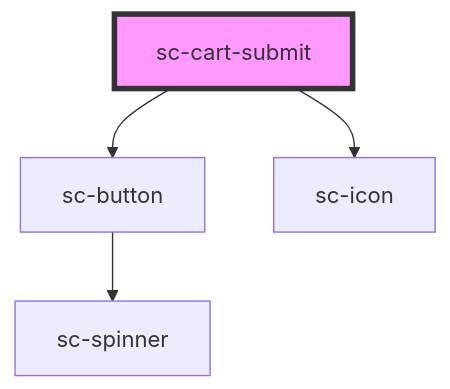
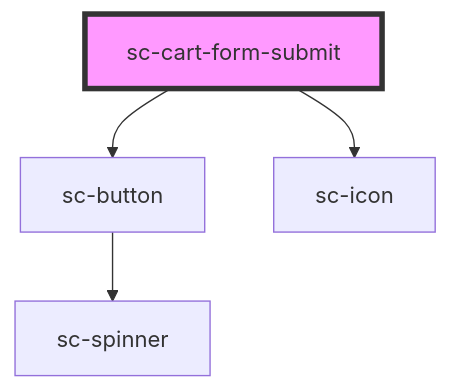
The diagram in packages/components/src/components/controllers/cart/cart-form-submit/readme.md (surecart/surecart-wp-plugin), drawn with Mermaid before and after one commit. The commit also changed 14 other files, not shown here.

````diff
--- a/packages/components/src/components/controllers/cart/cart-form-submit/readme.md
+++ b/packages/components/src/components/controllers/cart/cart-form-submit/readme.md
@@ -27,7 +27,7 @@
 ```mermaid
 graph TD;
-  sc-cart-submit --> sc-button
-  sc-cart-submit --> sc-icon
+  sc-cart-form-submit --> sc-button
+  sc-cart-form-submit --> sc-icon
   sc-button --> sc-spinner
-  style sc-cart-submit fill:#f9f,stroke:#333,stroke-width:4px
+  style sc-cart-form-submit fill:#f9f,stroke:#333,stroke-width:4px
 ```
````
